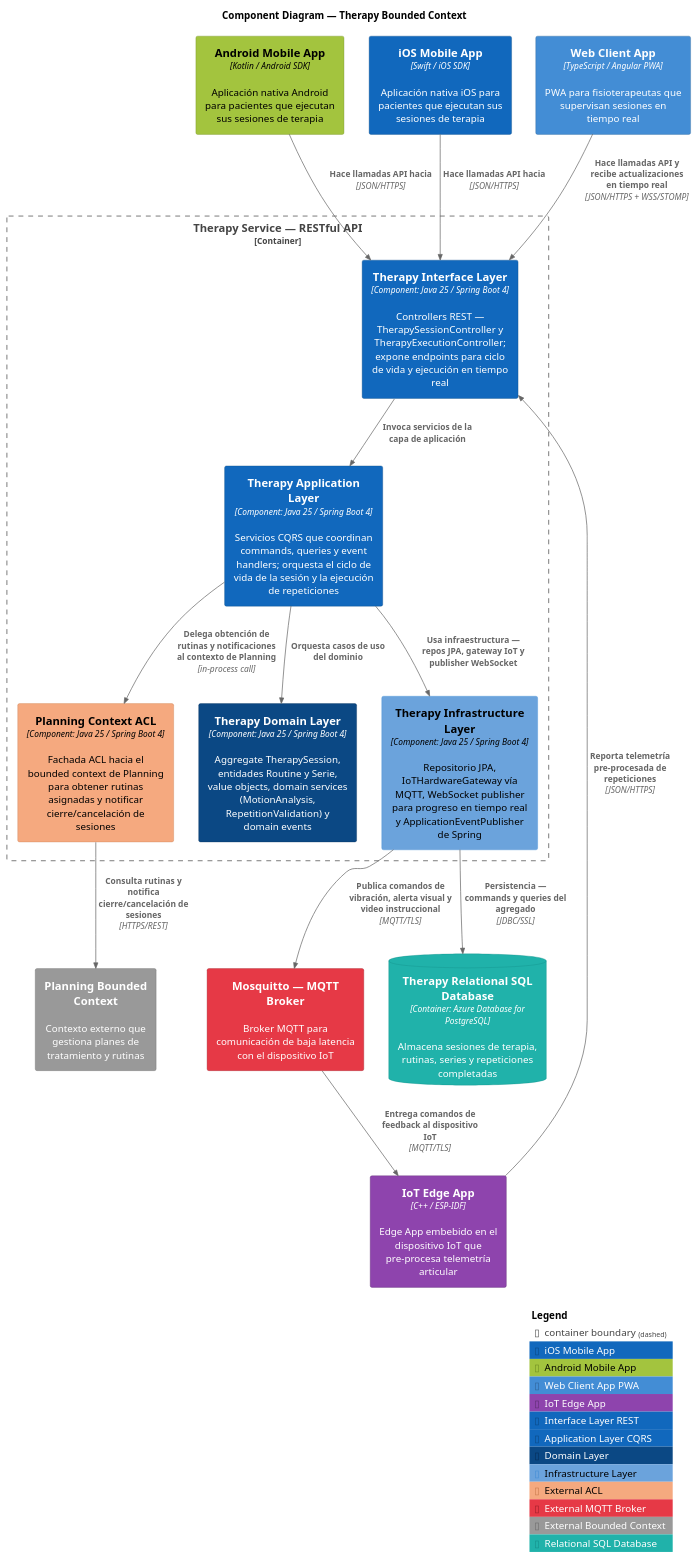
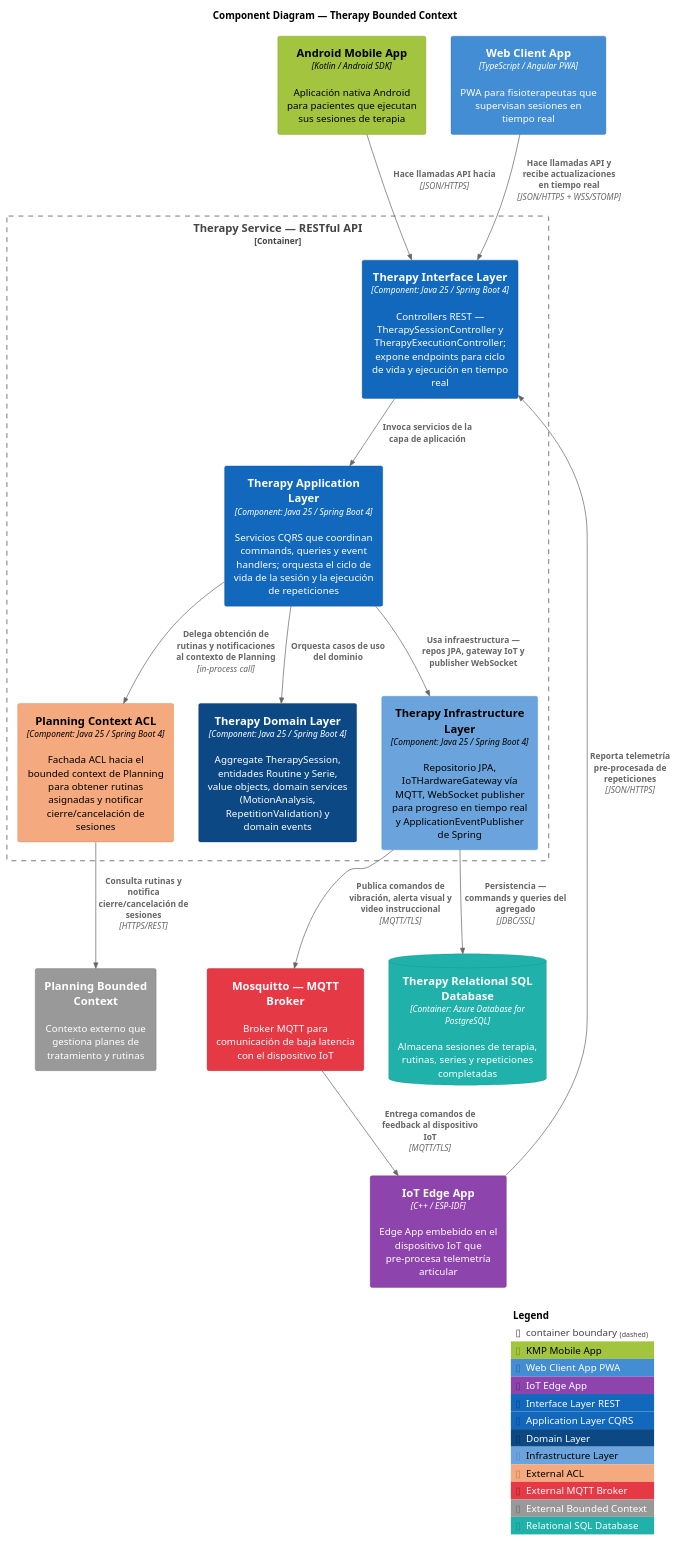
The diagram in assets/diagrams/software-architecture/components/src/therapy-component.puml (kiniot/uflex-project-report), drawn with PlantUML before and after one commit.

Commit message:
fix(diagrams): update Android app tag and remove iOS app from Therapy Bounded Context diagram

```diff
--- a/assets/diagrams/software-architecture/components/src/therapy-component.puml
+++ b/assets/diagrams/software-architecture/components/src/therapy-component.puml
@@ -1,81 +1,78 @@
 @startuml uflex-therapy-component
 !include https://raw.githubusercontent.com/plantuml-stdlib/C4-PlantUML/master/C4_Container.puml
 !include https://raw.githubusercontent.com/plantuml-stdlib/C4-PlantUML/master/C4_Component.puml
 
 ' Styling
 skinparam shadowing false
 skinparam defaultFontName Arial
 skinparam Handwritten false
 skinparam Padding 3
 skinparam wrapWidth 200
 skinparam nodesep 35
 skinparam ranksep 55
 
 ' ---- Tags ----
 ' Clients (each with its own brand colour)
-AddContainerTag("iosApp",     $bgColor="#1168BD", $fontColor="#ffffff", $borderColor="#0B4884", $legendText="iOS Mobile App")
-AddContainerTag("androidApp", $bgColor="#A3C43E", $fontColor="#000000", $borderColor="#6E8C20", $legendText="Android Mobile App")
+AddContainerTag("androidApp", $bgColor="#A3C43E", $fontColor="#000000", $borderColor="#6E8C20", $legendText="KMP Mobile App")
 AddContainerTag("webApp",     $bgColor="#438DD5", $fontColor="#ffffff", $borderColor="#2E6295", $legendText="Web Client App PWA")
 AddContainerTag("edgeApp",    $bgColor="#8E44AD", $fontColor="#ffffff", $borderColor="#5B2C6F", $legendText="IoT Edge App")
 
 ' Therapy internal layers
 AddComponentTag("interface",      $bgColor="#1168BD", $fontColor="#ffffff", $borderColor="#0B4884", $legendText="Interface Layer REST")
 AddComponentTag("application",    $bgColor="#1168BD", $fontColor="#ffffff", $borderColor="#0B4884", $legendText="Application Layer CQRS")
 AddComponentTag("domain",         $bgColor="#0B4884", $fontColor="#ffffff", $borderColor="#062F5A", $legendText="Domain Layer")
 AddComponentTag("infrastructure", $bgColor="#6BA3DC", $fontColor="#000000", $borderColor="#438DD5", $legendText="Infrastructure Layer")
 AddComponentTag("acl",            $bgColor="#F5A97F", $fontColor="#000000", $borderColor="#C87A4C", $legendText="External ACL")
 
 ' External systems & database
 AddSystemTag("externalMqtt",    $bgColor="#E63946", $fontColor="#ffffff", $borderColor="#9B1E28", $legendText="External MQTT Broker")
 AddSystemTag("externalService", $bgColor="#999999", $fontColor="#ffffff", $borderColor="#6B6B6B", $legendText="External Bounded Context")
 AddContainerTag("database",     $bgColor="#20B2AA", $fontColor="#ffffff", $borderColor="#148F89", $legendText="Relational SQL Database")
 
 title Component Diagram — Therapy Bounded Context
 
 ' =========================================================
 ' Clients
 ' =========================================================
 Container(androidApp, "Android Mobile App",  "Kotlin / Android SDK",     "Aplicación nativa Android para pacientes que ejecutan sus sesiones de terapia", $tags="androidApp")
-Container(iosApp,     "iOS Mobile App",      "Swift / iOS SDK",          "Aplicación nativa iOS para pacientes que ejecutan sus sesiones de terapia",     $tags="iosApp")
 Container(webApp,     "Web Client App",      "TypeScript / Angular PWA", "PWA para fisioterapeutas que supervisan sesiones en tiempo real",               $tags="webApp")
 Container(edgeApp,    "IoT Edge App",        "C++ / ESP-IDF",            "Edge App embebido en el dispositivo IoT que pre-procesa telemetría articular",  $tags="edgeApp")
 
 ' =========================================================
 ' Therapy Service internal layers
 ' =========================================================
 Container_Boundary(therapyService, "Therapy Service — RESTful API") {
   Component(interfaceLayer,      "Therapy Interface Layer",         "Component: Java 25 / Spring Boot 4", "Controllers REST — TherapySessionController y TherapyExecutionController; expone endpoints para ciclo de vida y ejecución en tiempo real",                    $tags="interface")
   Component(applicationLayer,    "Therapy Application Layer",       "Component: Java 25 / Spring Boot 4", "Servicios CQRS que coordinan commands, queries y event handlers; orquesta el ciclo de vida de la sesión y la ejecución de repeticiones",                     $tags="application")
   Component(planningAcl,         "Planning Context ACL",            "Component: Java 25 / Spring Boot 4", "Fachada ACL hacia el bounded context de Planning para obtener rutinas asignadas y notificar cierre/cancelación de sesiones",                                 $tags="acl")
   Component(domainLayer,         "Therapy Domain Layer",            "Component: Java 25 / Spring Boot 4", "Aggregate TherapySession, entidades Routine y Serie, value objects, domain services (MotionAnalysis, RepetitionValidation) y domain events",                 $tags="domain")
   Component(infrastructureLayer, "Therapy Infrastructure Layer",    "Component: Java 25 / Spring Boot 4", "Repositorio JPA, IoTHardwareGateway vía MQTT, WebSocket publisher para progreso en tiempo real y ApplicationEventPublisher de Spring",                      $tags="infrastructure")
 }
 
 ' =========================================================
 ' External systems & database
 ' =========================================================
 System_Ext(mqttBroker,     "Mosquitto — MQTT Broker",        "Broker MQTT para comunicación de baja latencia con el dispositivo IoT", $tags="externalMqtt")
 System_Ext(planningCtx,    "Planning Bounded Context",       "Contexto externo que gestiona planes de tratamiento y rutinas",         $tags="externalService")
 ContainerDb(therapyDB,     "Therapy Relational SQL Database","Container: Azure Database for PostgreSQL", "Almacena sesiones de terapia, rutinas, series y repeticiones completadas", $tags="database")
 
 ' =========================================================
 ' Relations — vertical flow
 ' =========================================================
 Rel(androidApp, interfaceLayer, "Hace llamadas API hacia",                "JSON/HTTPS")
-Rel(iosApp,     interfaceLayer, "Hace llamadas API hacia",                "JSON/HTTPS")
 Rel(webApp,     interfaceLayer, "Hace llamadas API y recibe actualizaciones en tiempo real", "JSON/HTTPS + WSS/STOMP")
 Rel(edgeApp,    interfaceLayer, "Reporta telemetría pre-procesada de repeticiones",          "JSON/HTTPS")
 
 Rel(interfaceLayer,   applicationLayer,    "Invoca servicios de la capa de aplicación")
 
 Rel(applicationLayer, planningAcl,         "Delega obtención de rutinas y notificaciones al contexto de Planning", "in-process call")
 Rel(applicationLayer, domainLayer,         "Orquesta casos de uso del dominio")
 Rel(applicationLayer, infrastructureLayer, "Usa infraestructura — repos JPA, gateway IoT y publisher WebSocket")
 
 Rel(planningAcl,         planningCtx, "Consulta rutinas y notifica cierre/cancelación de sesiones", "HTTPS/REST")
 Rel(infrastructureLayer, mqttBroker,  "Publica comandos de vibración, alerta visual y video instruccional", "MQTT/TLS")
 Rel(infrastructureLayer, therapyDB,   "Persistencia — commands y queries del agregado",                    "JDBC/SSL")
 Rel(mqttBroker,          edgeApp,     "Entrega comandos de feedback al dispositivo IoT",                   "MQTT/TLS")
 
 SHOW_LEGEND()
 @enduml
```
